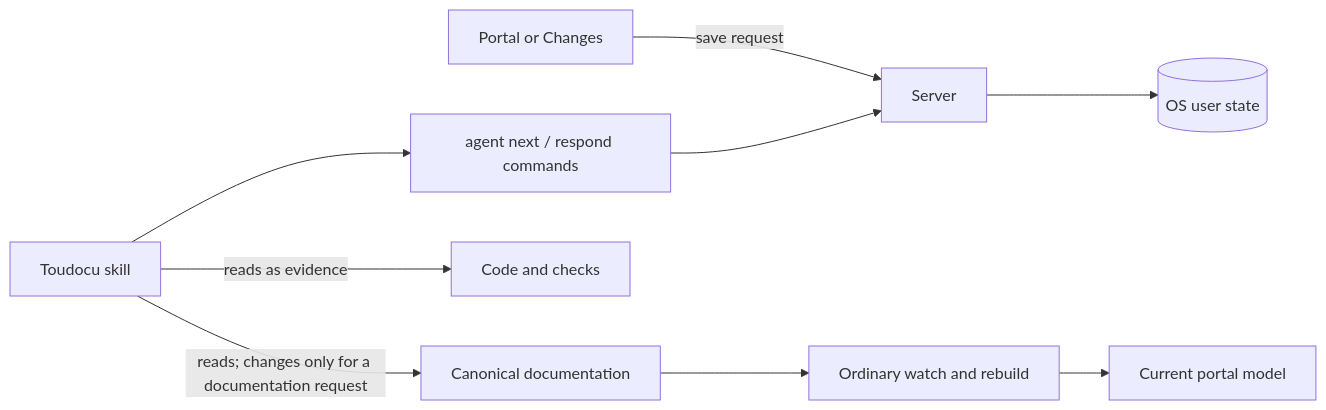
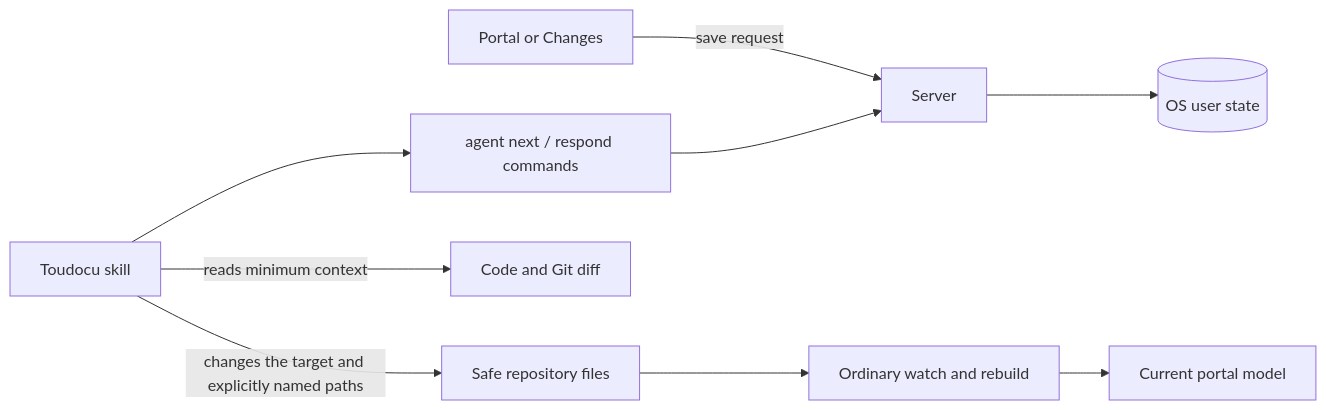
The diagram in docs-en/architecture/agent-feedback-delivery.md (lumenikoly/toudocu), drawn with Mermaid before and after one commit. The commit also changed other lines of this file and 96 other files, not shown here.

````diff
--- a/docs-en/architecture/agent-feedback-delivery.md
+++ b/docs-en/architecture/agent-feedback-delivery.md
@@ -14,11 +14,11 @@
 ```mermaid
 flowchart LR
     Browser[Portal or Changes] -->|save request| Core[Server]
     Core --> Store[(OS user state)]
     CLI[agent next / respond commands] --> Core
     Skill[Toudocu skill] --> CLI
-    Skill -->|reads as evidence| Code[Code and checks]
-    Skill -->|reads; changes only for a documentation request| Docs[Canonical documentation]
-    Docs --> Watcher[Ordinary watch and rebuild]
+    Skill -->|reads minimum context| Code[Code and Git diff]
+    Skill -->|changes the target and explicitly named paths| Sources[Safe repository files]
+    Sources --> Watcher[Ordinary watch and rebuild]
     Watcher --> Portal[Current portal model]
 ```
````
